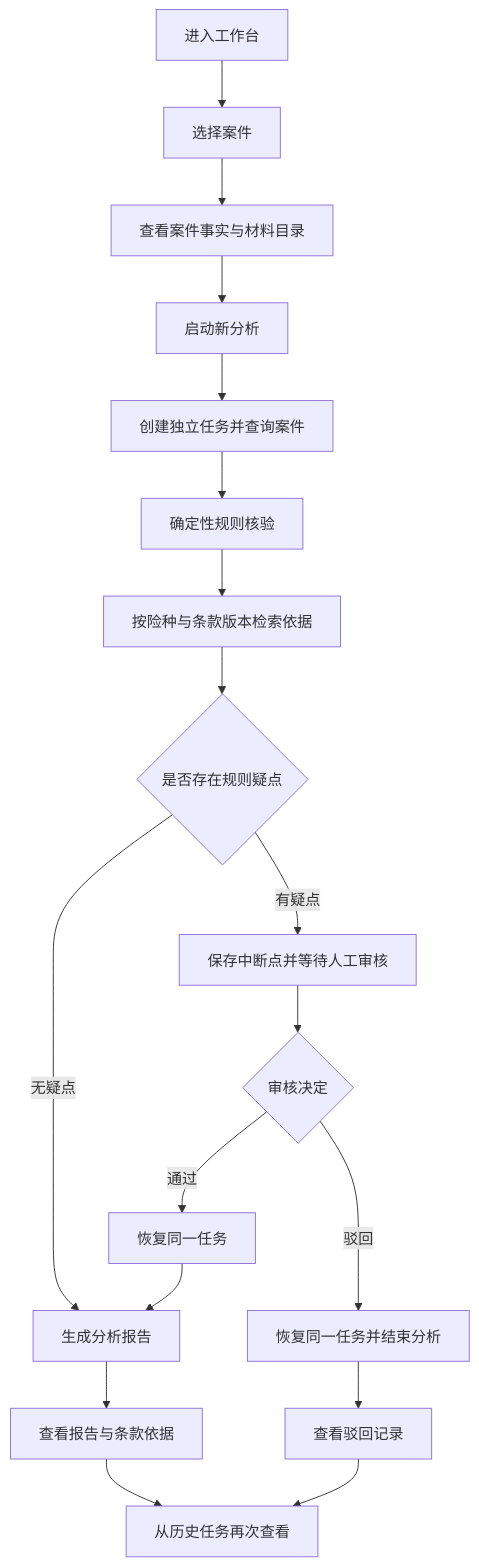
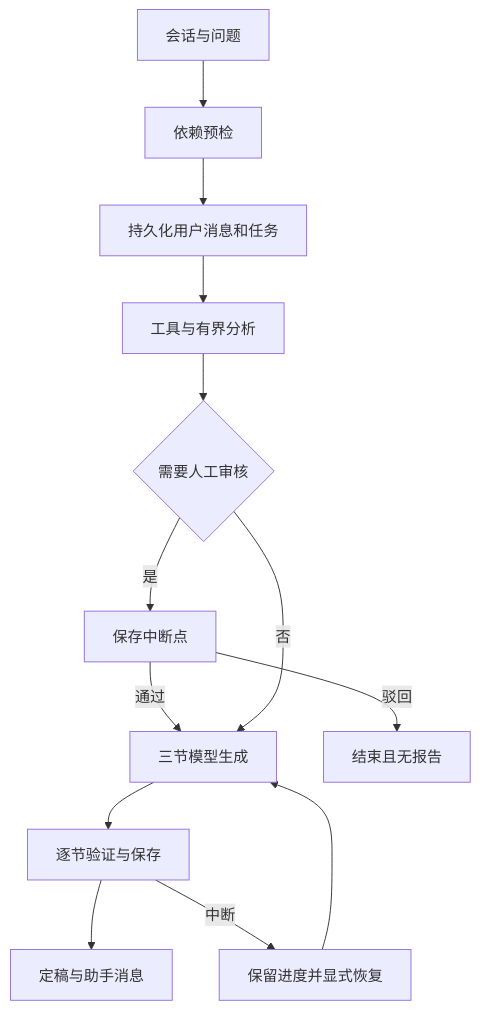
The diagram in docs/使用/功能流程.md (xsm-huang/CasePilot-Agent), drawn with Mermaid before and after one commit. The commit also changed other lines of this file and 115 other files, not shown here.

````diff
--- a/docs/使用/功能流程.md
+++ b/docs/使用/功能流程.md
@@ -31,20 +30,15 @@
 ```mermaid
 flowchart TD
-    A[进入工作台] --> B[选择案件]
-    B --> C[查看案件事实与材料目录]
-    C --> D[启动新分析]
-    D --> E[创建独立任务并查询案件]
-    E --> F[确定性规则核验]
-    F --> G[按险种与条款版本检索依据]
-    G --> H{是否存在规则疑点}
-    H -->|无疑点| L[生成分析报告]
-    H -->|有疑点| I[保存中断点并等待人工审核]
-    I --> J{审核决定}
-    J -->|通过| K[恢复同一任务]
-    K --> L
-    J -->|驳回| M[恢复同一任务并结束分析]
-    L --> N[查看报告与条款依据]
-    M --> O[查看驳回记录]
-    N --> P[从历史任务再次查看]
-    O --> P
+  A[会话与问题] --> B[依赖预检]
+  B --> C[持久化用户消息和任务]
+  C --> D[工具与有界分析]
+  D --> E{需要人工审核}
+  E -->|是| F[保存中断点]
+  F -->|通过| G[三节模型生成]
+  F -->|驳回| H[结束且无报告]
+  E -->|否| G
+  G --> I[逐节验证与保存]
+  I --> J[定稿与助手消息]
+  I -->|中断| K[保留进度并显式恢复]
+  K --> G
 ```
````
